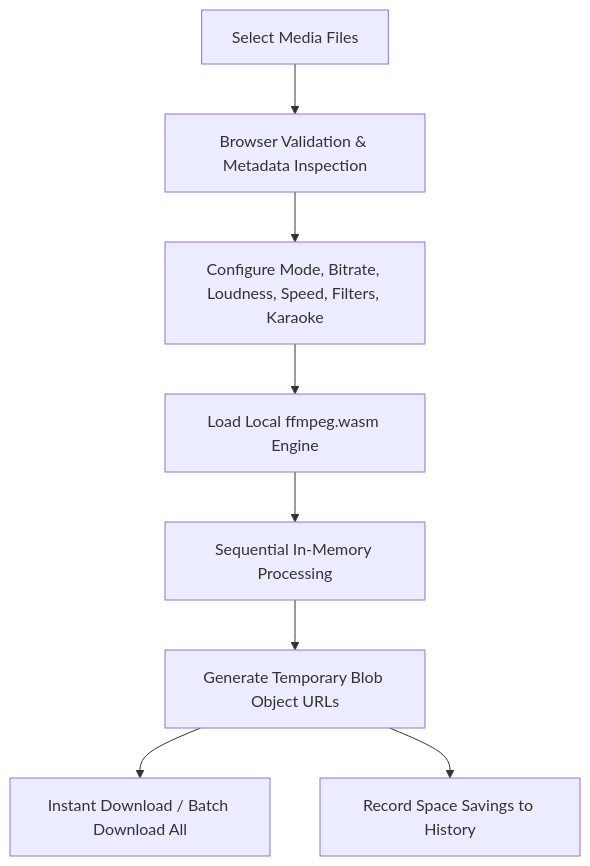
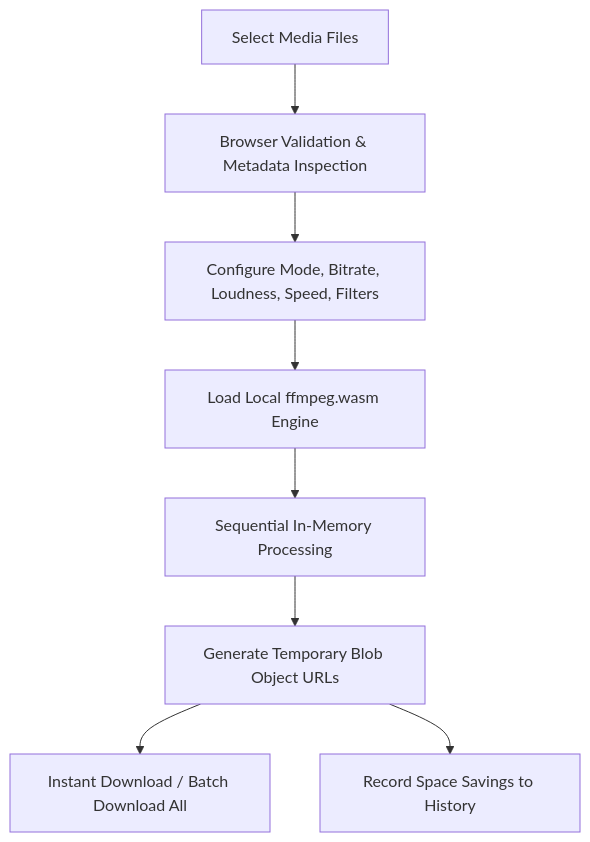
One commit to Sorairei/beetales-converter changed the second of 2 diagrams in README.md. Above: the diagram before and after it, drawn with Mermaid. The commit also changed other lines of this file and 7 other files, not shown here.

````diff
--- a/README.md
+++ b/README.md
@@ -188,10 +167,10 @@
 ```mermaid
 flowchart TD
     A[Select Media Files] --> B[Browser Validation & Metadata Inspection]
-    B --> C[Configure Mode, Bitrate, Loudness, Speed, Filters, Karaoke]
+    B --> C[Configure Mode, Bitrate, Loudness, Speed, Filters]
     C --> D[Load Local ffmpeg.wasm Engine]
     D --> E[Sequential In-Memory Processing]
     E --> F[Generate Temporary Blob Object URLs]
     F --> G[Instant Download / Batch Download All]
     F --> H[Record Space Savings to History]
 ```
````
